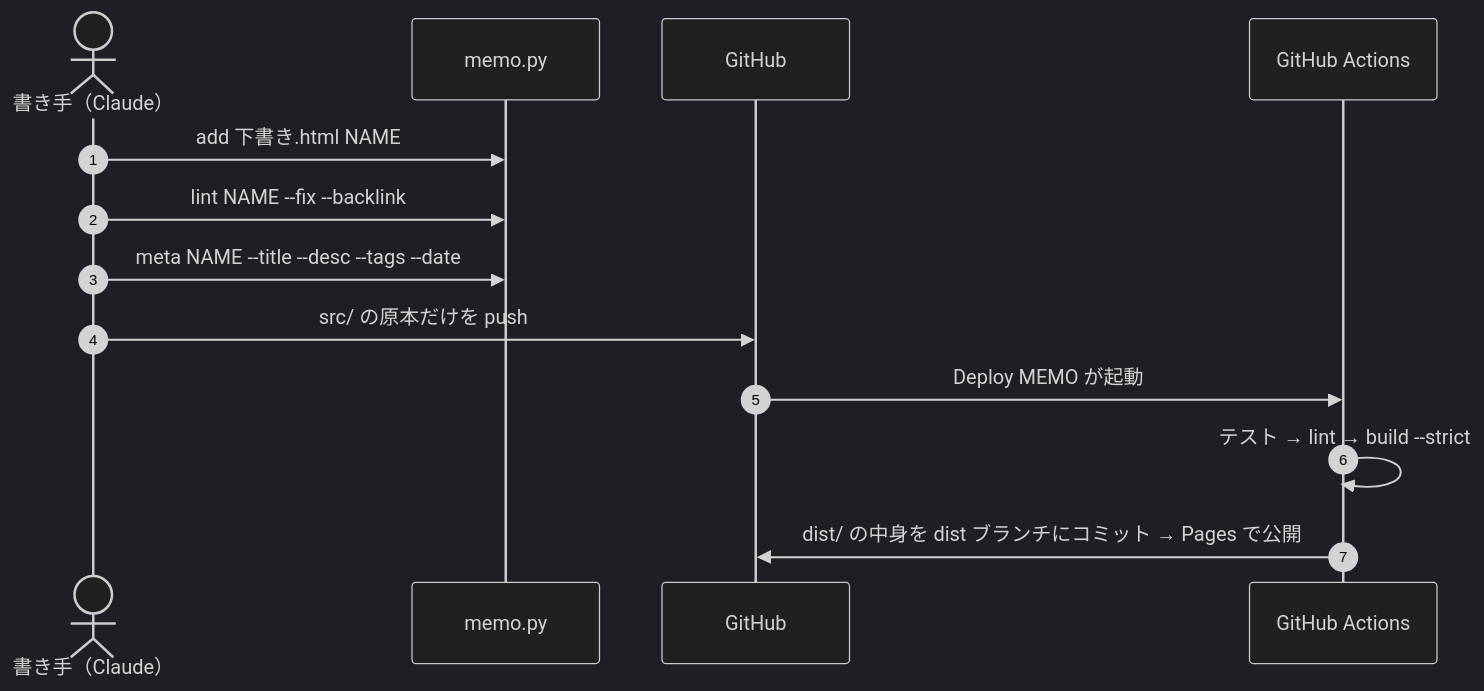
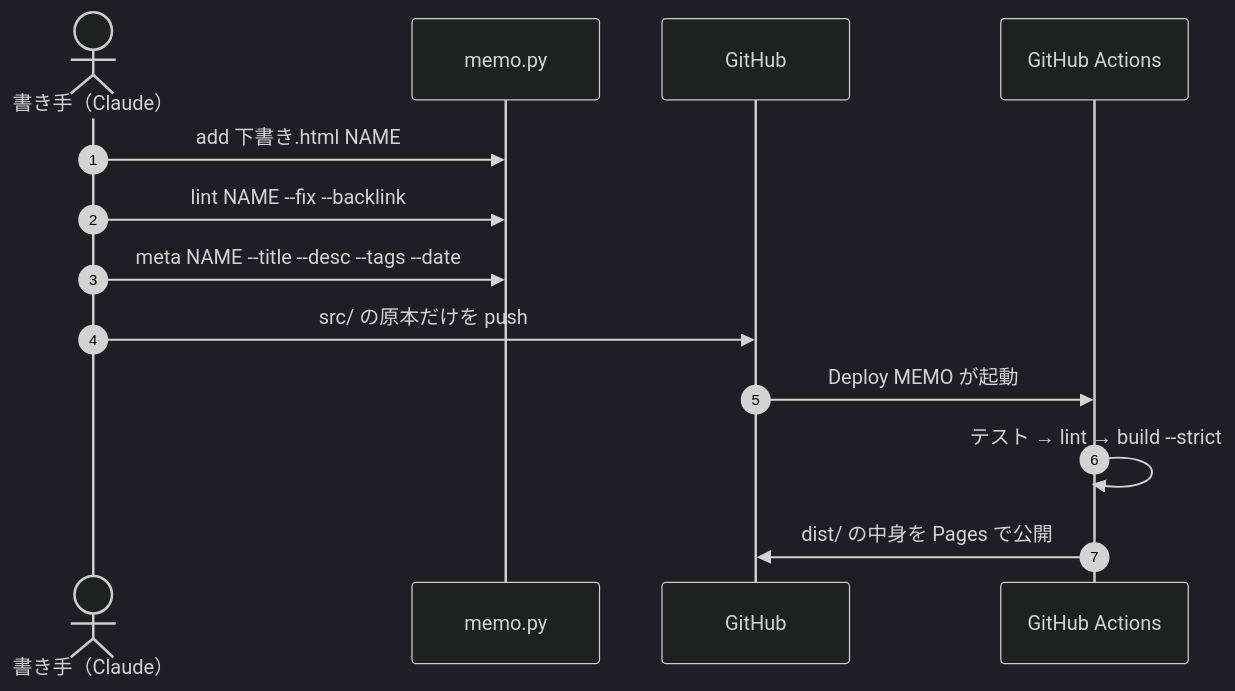
The second of 4 diagrams in memo-detail.md (taka1156/memo-kit), drawn with Mermaid (dark theme) before and after one commit. The commit also changed other lines of this file and 13 other files, not shown here.

````diff
--- a/memo-detail.md
+++ b/memo-detail.md
@@ -118,16 +118,16 @@
 ```mermaid
 sequenceDiagram
   autonumber
   actor U as 書き手（Claude）
   participant P as memo.py
   participant G as GitHub
   participant A as GitHub Actions
 
   U->>P: add 下書き.html NAME
   U->>P: lint NAME --fix --backlink
   U->>P: meta NAME --title --desc --tags --date
   U->>G: src/ の原本だけを push
   G->>A: Deploy MEMO が起動
   A->>A: テスト → lint → build --strict
-  A->>G: dist/ の中身を dist ブランチにコミット → Pages で公開
+  A->>G: dist/ の中身を Pages で公開
 ```
````
